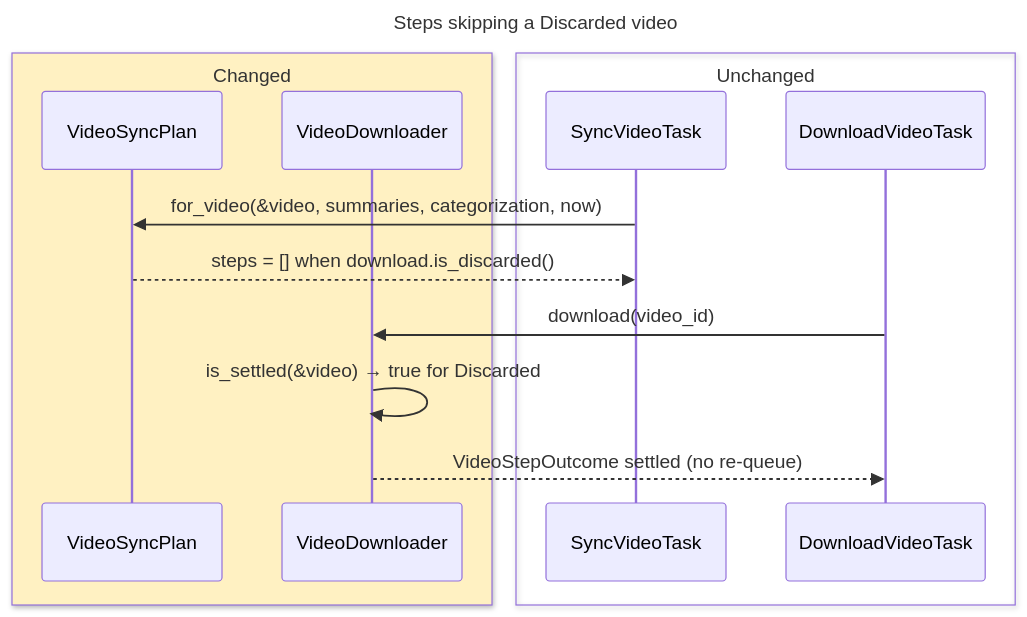
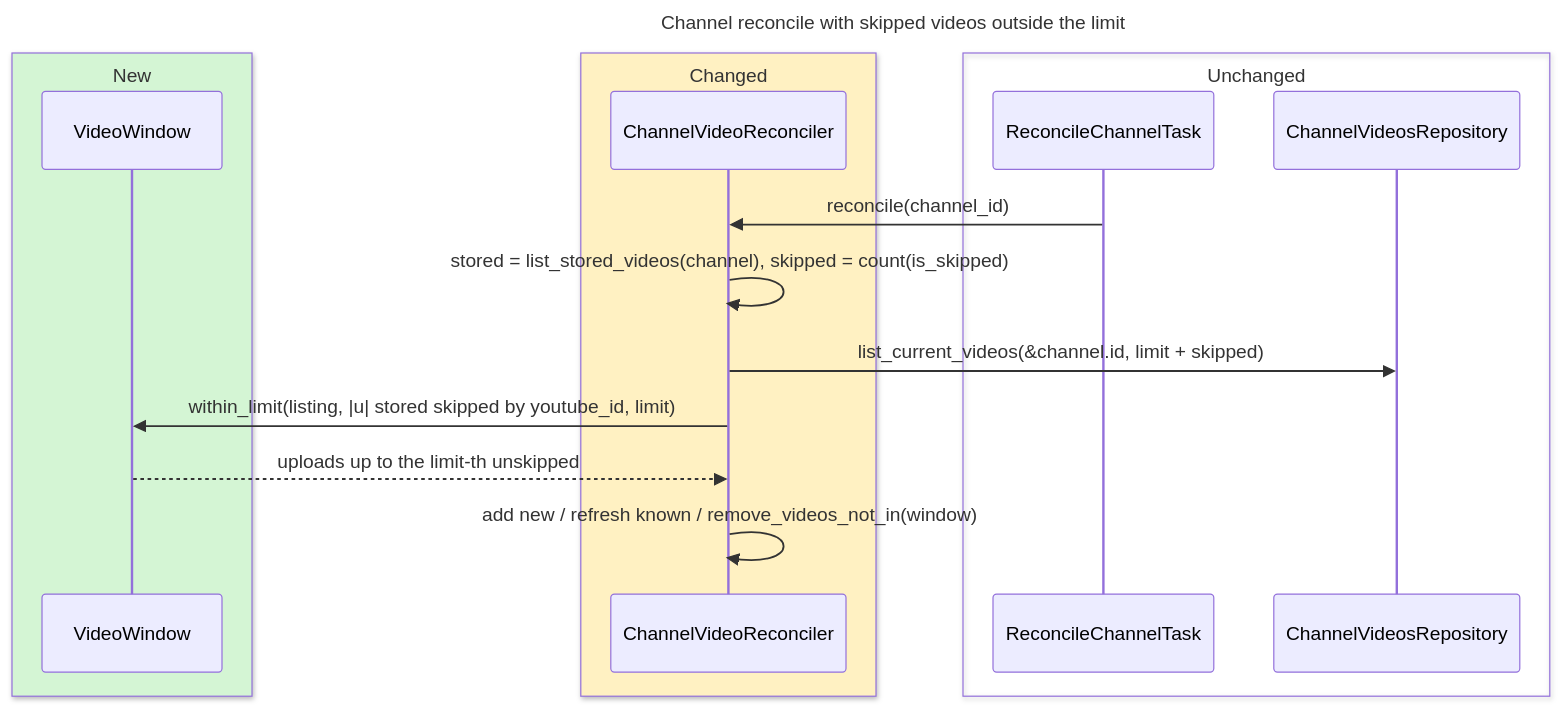
The sixth of 6 diagrams in openspec/changes/discard-video/design.md (sergigp/yarrtube), drawn with Mermaid before and after one commit. The commit also changed other lines of this file and 7 other files, not shown here.

Commit message:
Revise discard-video: irreversible, downloaded videos, skipped videos outside channel limit

````diff
--- a/openspec/changes/discard-video/design.md
+++ b/openspec/changes/discard-video/design.md
@@ -183,19 +215,22 @@
 ```mermaid
 ---
-title: Steps skipping a Discarded video
+title: Channel reconcile with skipped videos outside the limit
 ---
 sequenceDiagram
+  box rgb(212,245,212) New
+    participant W as VideoWindow
+  end
   box rgb(255,241,194) Changed
-    participant P as VideoSyncPlan
-    participant DL as VideoDownloader
+    participant CR as ChannelVideoReconciler
   end
   box Unchanged
-    participant S as SyncVideoTask
-    participant DT as DownloadVideoTask
+    participant RT as ReconcileChannelTask
+    participant Y as ChannelVideosRepository
   end
-  S->>P: for_video(&video, summaries, categorization, now)
-  P-->>S: steps = [] when download.is_discarded()
-  DT->>DL: download(video_id)
-  DL->>DL: is_settled(&video) → true for Discarded
-  DL-->>DT: VideoStepOutcome settled (no re-queue)
+  RT->>CR: reconcile(channel_id)
+  CR->>CR: stored = list_stored_videos(channel), skipped = count(is_skipped)
+  CR->>Y: list_current_videos(&channel.id, limit + skipped)
+  CR->>W: within_limit(listing, |u| stored skipped by youtube_id, limit)
+  W-->>CR: uploads up to the limit-th unskipped
+  CR->>CR: add new / refresh known / remove_videos_not_in(window)
 ```
````
